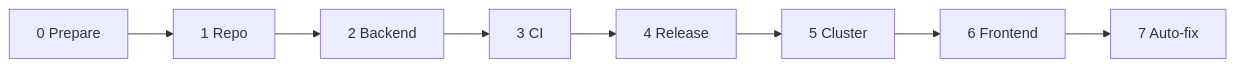
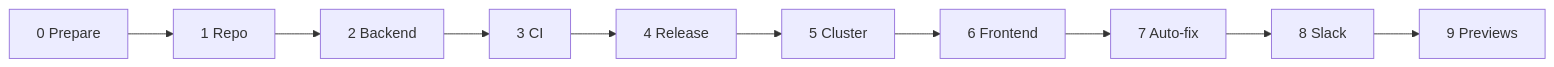
One commit to mattuttis/chatbot changed diagram 12 of 12 in how-it-works.md. Above: the diagram before and after it, drawn with Mermaid. The commit also changed other lines of this file and 2 other files, not shown here.

Commit message:
Bring the guide and architecture diagram up to date

````diff
--- a/how-it-works.md
+++ b/how-it-works.md
@@ -632,10 +659,12 @@
 ```mermaid
 flowchart LR
     S0["0 Prepare"] --> S1["1 Repo"]
     S1 --> S2["2 Backend"]
     S2 --> S3["3 CI"]
     S3 --> S4["4 Release"]
     S4 --> S5["5 Cluster"]
     S5 --> S6["6 Frontend"]
     S6 --> S7["7 Auto-fix"]
+    S7 --> S8["8 Slack"]
+    S8 --> S9["9 Previews"]
 ```
````
